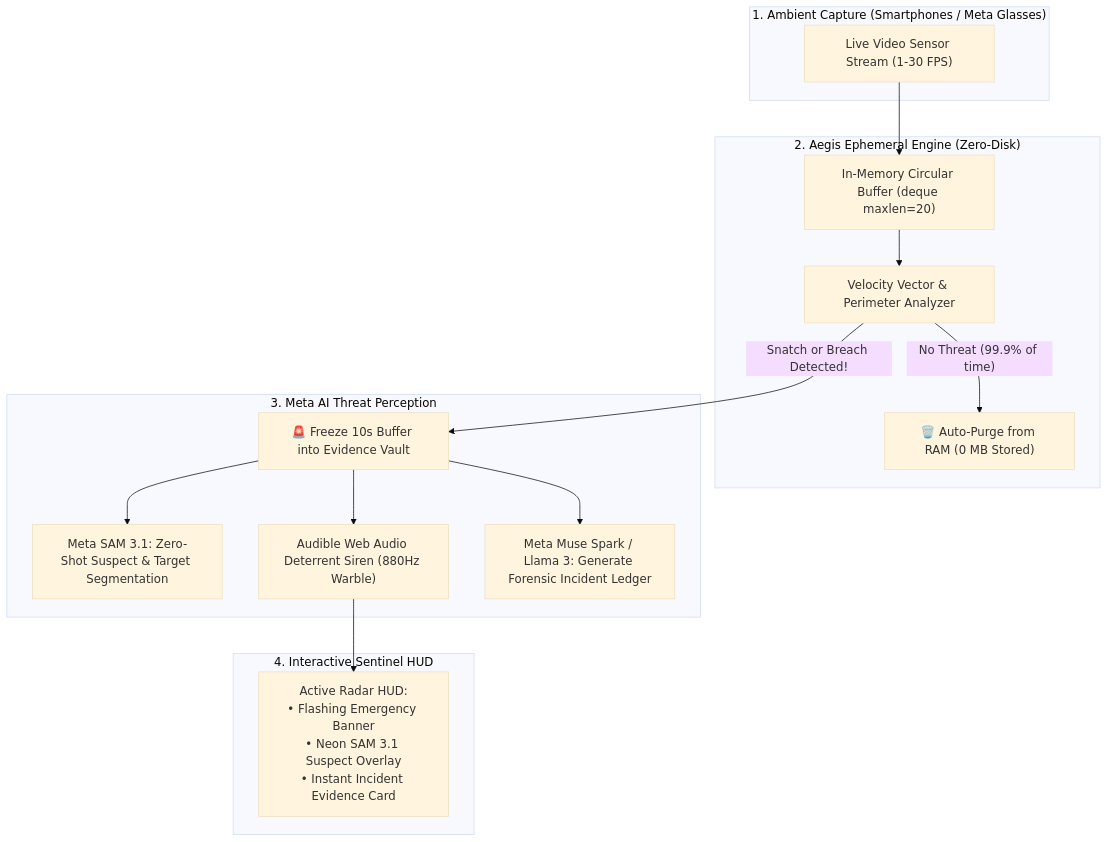
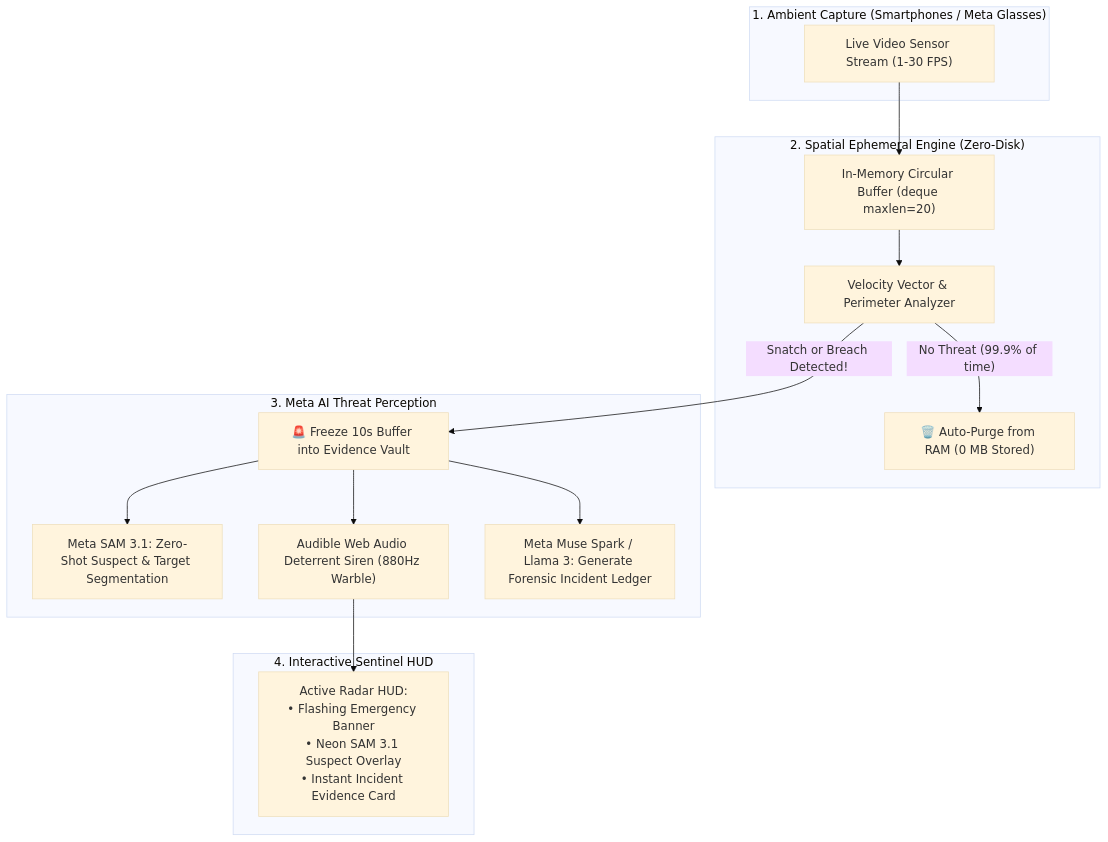
One commit to YashRaj1240/spatialsentry changed the diagram in README.md. Above: the diagram before and after it, drawn with Mermaid (base theme). The commit also changed other lines of this file and 9 other files, not shown here.

Commit message:
feat: complete rebranding to SpatialSentry - 24/7 ephemeral smartphone bodyguard and spatial memory sentinel

````diff
--- a/README.md
+++ b/README.md
@@ -72,23 +72,23 @@
 ```mermaid
 flowchart TD
     subgraph Capture["1. Ambient Capture (Smartphones / Meta Glasses)"]
         Stream["Live Video Sensor Stream (1-30 FPS)"]
     end
 
-    subgraph MemoryEngine["2. Aegis Ephemeral Engine (Zero-Disk)"]
+    subgraph MemoryEngine["2. Spatial Ephemeral Engine (Zero-Disk)"]
         Stream --> RAM["In-Memory Circular Buffer (deque maxlen=20)"]
         RAM --> Monitor["Velocity Vector & Perimeter Analyzer"]
         Monitor -- "No Threat (99.9% of time)" --> Purge["🗑️ Auto-Purge from RAM (0 MB Stored)"]
     end
 
     subgraph ThreatPerception["3. Meta AI Threat Perception"]
         Monitor -- "Snatch or Breach Detected!" --> Freeze["🚨 Freeze 10s Buffer into Evidence Vault"]
         Freeze --> SAM["Meta SAM 3.1: Zero-Shot Suspect & Target Segmentation"]
         Freeze --> Siren["Audible Web Audio Deterrent Siren (880Hz Warble)"]
         Freeze --> MuseSpark["Meta Muse Spark / Llama 3: Generate Forensic Incident Ledger"]
     end
 
     subgraph UserHUD["4. Interactive Sentinel HUD"]
         Siren --> HUD["Active Radar HUD:<br/>• Flashing Emergency Banner<br/>• Neon SAM 3.1 Suspect Overlay<br/>• Instant Incident Evidence Card"]
     end
 ```
````
